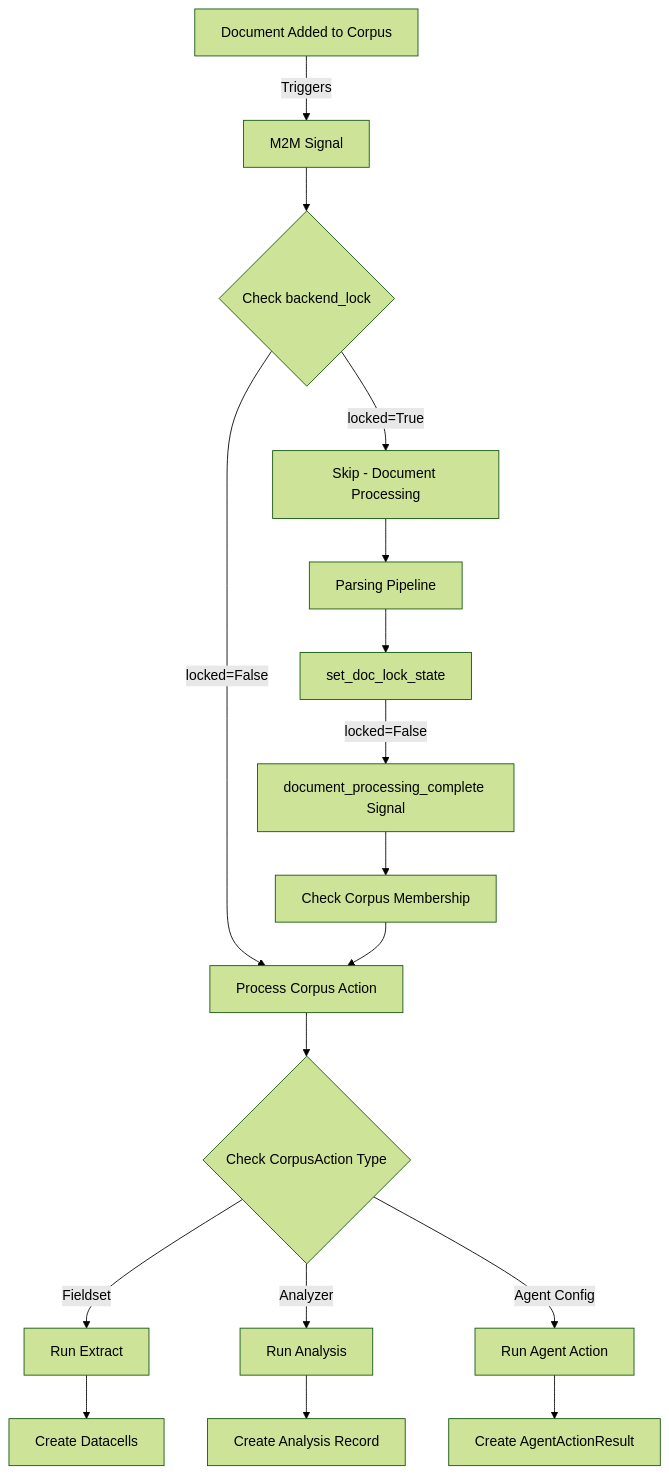
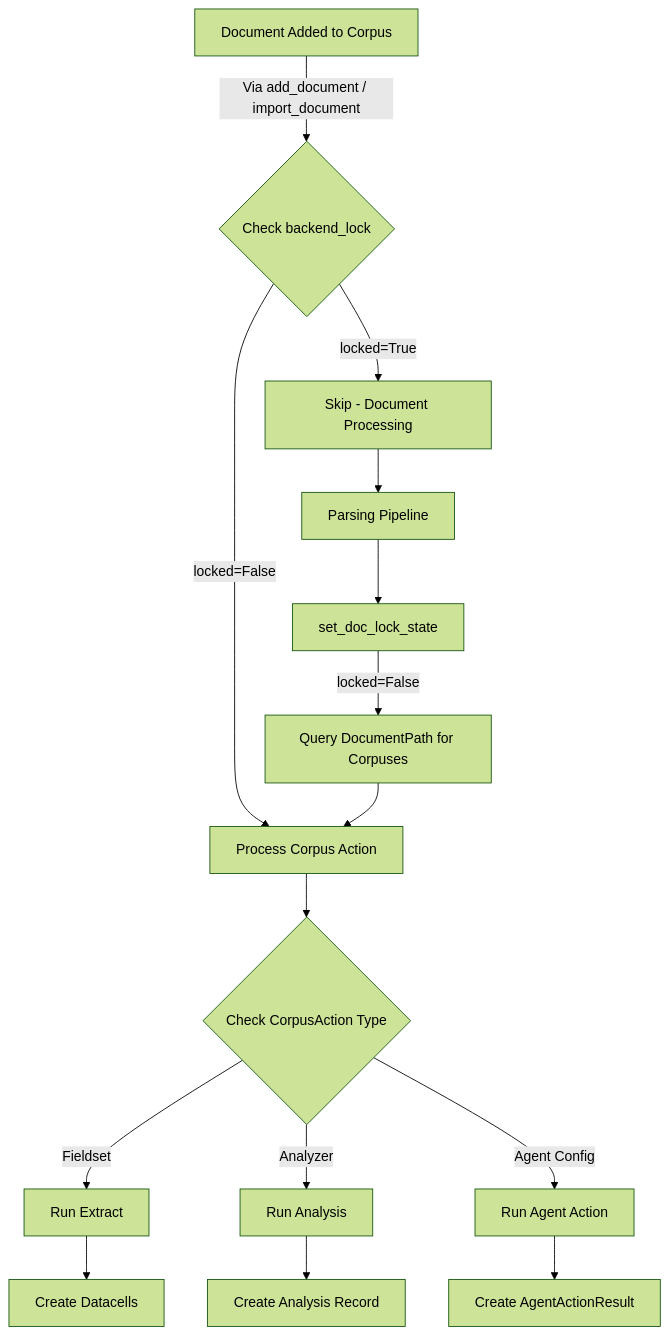
Before and after one commit to baichuanping/OpenContracts: the diagram in docs/architecture/opencontract-corpus-actions.md, drawn with Mermaid (forest theme). The commit also changed other lines of this file and 18 other files, not shown here.

````diff
--- a/docs/architecture/opencontract-corpus-actions.md
+++ b/docs/architecture/opencontract-corpus-actions.md
@@ -35,22 +35,20 @@
 ```mermaid
 graph TD
-    A[Document Added to Corpus] -->|Triggers| B[M2M Signal]
-    B --> C{Check backend_lock}
-    C -->|locked=True| D[Skip - Document Processing]
-    C -->|locked=False| E[Process Corpus Action]
+    A[Document Added to Corpus] -->|Via add_document / import_document| B{Check backend_lock}
+    B -->|locked=True| D[Skip - Document Processing]
+    B -->|locked=False| E[Process Corpus Action]
 
     D --> F[Parsing Pipeline]
     F --> G[set_doc_lock_state]
-    G -->|locked=False| H[document_processing_complete Signal]
-    H --> I[Check Corpus Membership]
-    I --> E
+    G -->|locked=False| H[Query DocumentPath for Corpuses]
+    H --> E
 
     E --> J{Check CorpusAction Type}
     J -->|Fieldset| K[Run Extract]
     J -->|Analyzer| L[Run Analysis]
     J -->|Agent Config| M[Run Agent Action]
 
     K --> N[Create Datacells]
     L --> O[Create Analysis Record]
     M --> P[Create AgentActionResult]
 ```
````
